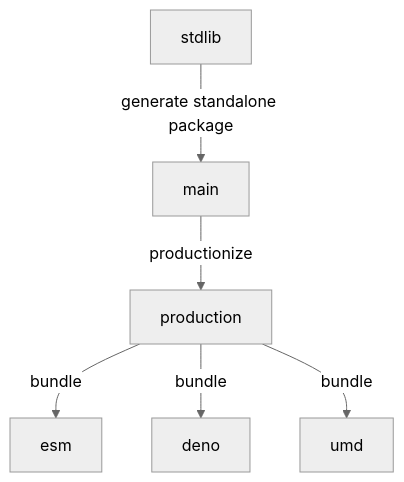
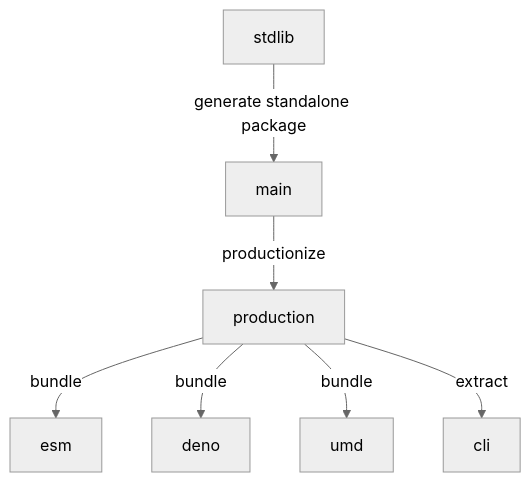
The diagram in branches.md (stdlib-js/datasets-cdc-nchs-us-births-1994-2003), drawn with Mermaid (neutral theme) before and after one commit. The commit also changed other lines of this file and 8 other files, not shown here.

````diff
--- a/branches.md
+++ b/branches.md
@@ -33,15 +34,17 @@
 ```mermaid
 graph TD;
 A[stdlib]-->|generate standalone package|B;
 B[main] -->|productionize| C[production];
 C -->|bundle| D[esm];
 C -->|bundle| E[deno];
 C -->|bundle| F[umd];
+C -->|extract| G[cli];
 
-click A href "https://github.com/stdlib-js/stdlib/tree/develop/lib/node_modules/%40stdlib/datasets/cdc-nchs-us-births-1994-2003"
-click B href "https://github.com/stdlib-js/datasets-cdc-nchs-us-births-1994-2003/tree/main"
-click C href "https://github.com/stdlib-js/datasets-cdc-nchs-us-births-1994-2003/tree/production"
-click D href "https://github.com/stdlib-js/datasets-cdc-nchs-us-births-1994-2003/tree/esm"
-click E href "https://github.com/stdlib-js/datasets-cdc-nchs-us-births-1994-2003/tree/deno"
-click F href "https://github.com/stdlib-js/datasets-cdc-nchs-us-births-1994-2003/tree/umd"
+%% click A href "https://github.com/stdlib-js/stdlib/tree/develop/lib/node_modules/%40stdlib/datasets/cdc-nchs-us-births-1994-2003"
+%% click B href "https://github.com/stdlib-js/datasets-cdc-nchs-us-births-1994-2003/tree/main"
+%% click C href "https://github.com/stdlib-js/datasets-cdc-nchs-us-births-1994-2003/tree/production"
+%% click D href "https://github.com/stdlib-js/datasets-cdc-nchs-us-births-1994-2003/tree/esm"
+%% click E href "https://github.com/stdlib-js/datasets-cdc-nchs-us-births-1994-2003/tree/deno"
+%% click F href "https://github.com/stdlib-js/datasets-cdc-nchs-us-births-1994-2003/tree/umd"
+%% click G href "https://github.com/stdlib-js/datasets-cdc-nchs-us-births-1994-2003/tree/cli"
 ```
````
